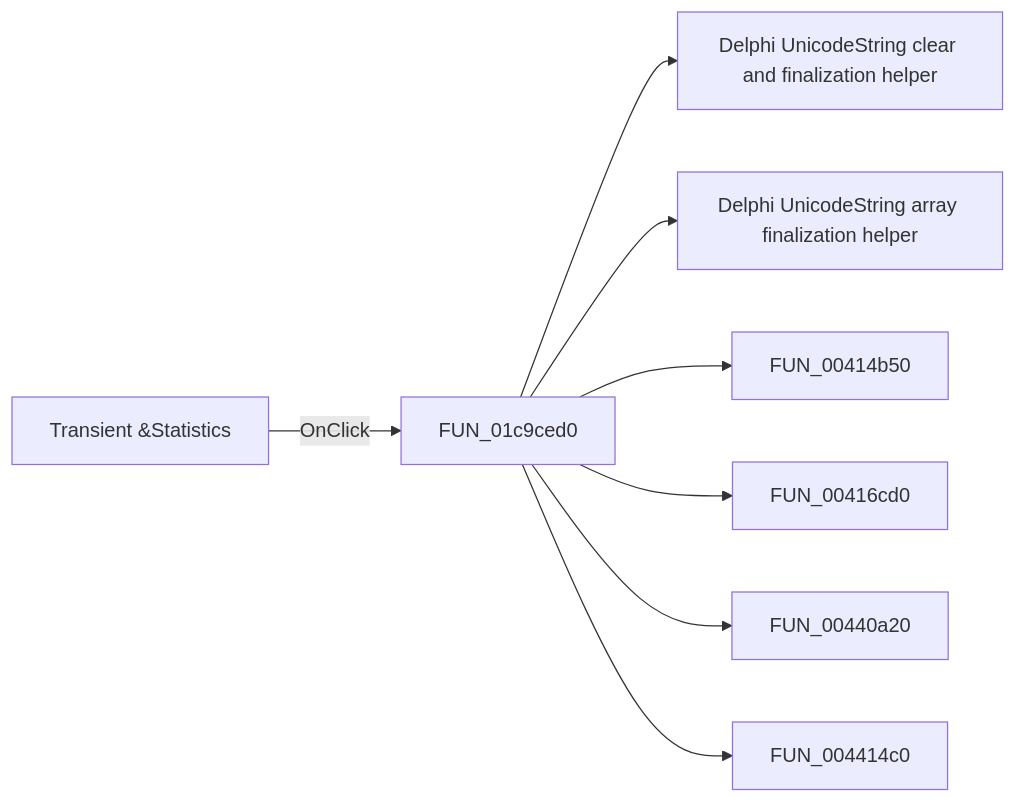
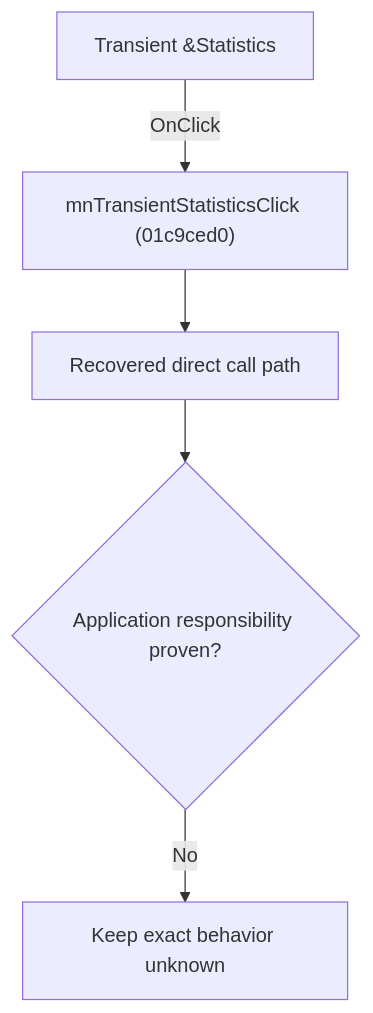
Before and after one commit to MovGP0/TIARA: the diagram in docs/ui-controls/schematiceditor/mntransientstatistics-36dc11e456.md, drawn with Mermaid. The commit also changed other lines of this file and 1062 other files, not shown here.

````diff
--- a/docs/ui-controls/schematiceditor/mntransientstatistics-36dc11e456.md
+++ b/docs/ui-controls/schematiceditor/mntransientstatistics-36dc11e456.md
@@ -27,10 +27,7 @@
 ```mermaid
-flowchart LR
-    control["Transient &Statistics"] -->|OnClick| handler["FUN_01c9ced0"]
-    handler --> call1["Delphi UnicodeString clear and finalization helper"]
-    handler --> call2["Delphi UnicodeString array finalization helper"]
-    handler --> call3["FUN_00414b50"]
-    handler --> call4["FUN_00416cd0"]
-    handler --> call5["FUN_00440a20"]
-    handler --> call6["FUN_004414c0"]
+flowchart TD
+    control["Transient &Statistics"] -->|"OnClick"| handler["mnTransientStatisticsClick (01c9ced0)"]
+    handler --> recovered["Recovered direct call path"]
+    recovered --> gap{"Application responsibility proven?"}
+    gap -->|"No"| blocked["Keep exact behavior unknown"]
 ```
````
